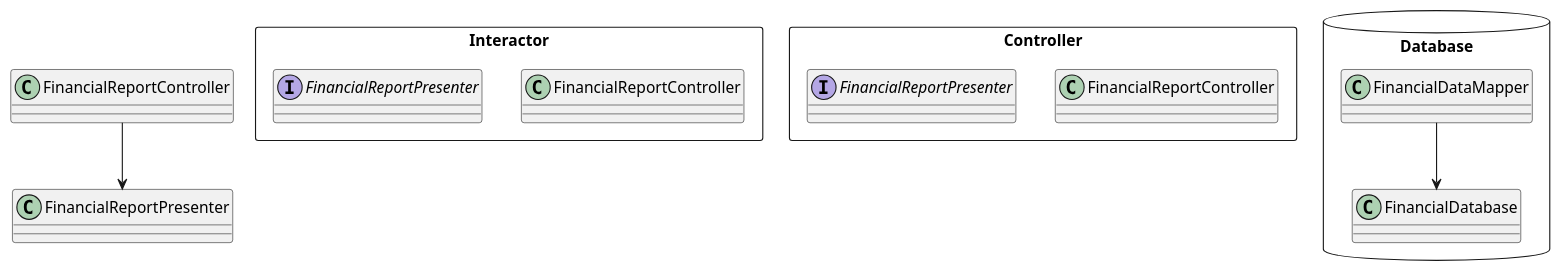
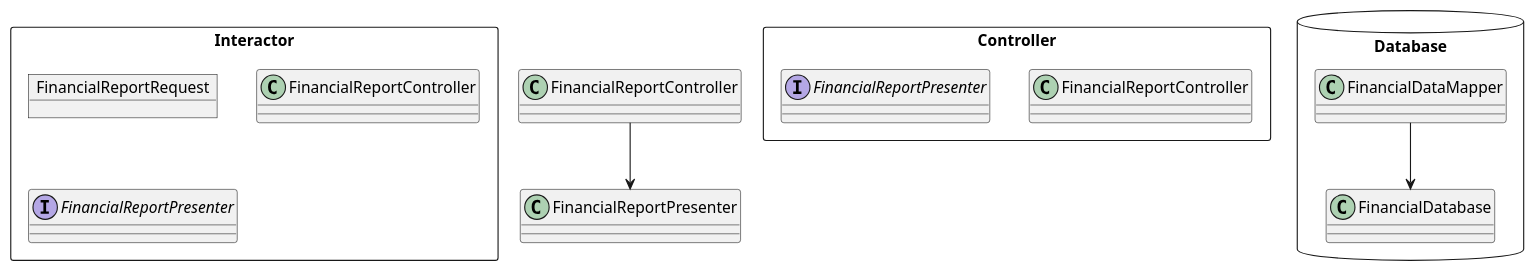
Before and after one commit to huland/logseq-notes: the third of 3 diagrams in pages/Robert C. Martin - Clean Architecture A Craftsman's Guide to Software Structure and Design.md, drawn with PlantUML.

Commit message:
Auto saved by Logseq

```diff
--- a/pages/Robert C. Martin - Clean Architecture A Craftsman's Guide to Software Structure and Design.md
+++ b/pages/Robert C. Martin - Clean Architecture A Craftsman's Guide to Software Structure and Design.md
@@ -203,21 +203,23 @@
 				  @startuml
 				  
 				  rectangle Interactor {
+				    object FinancialReportRequest
+				  
 				    class FinancialReportController 
 				    interface FinancialReportPresenter
 				  }
 				  
 				  rectangle Controller {
 				    class FinancialReportController 
 				    interface FinancialReportPresenter
 				  }
 				  database Database {
 				    class FinancialDataMapper 
 				    class FinancialDatabase
 				  }
 				  
 				  
 				  FinancialReportController --> FinancialReportPresenter
 				  
 				  FinancialDataMapper --> FinancialDatabase
 				  @enduml
```
